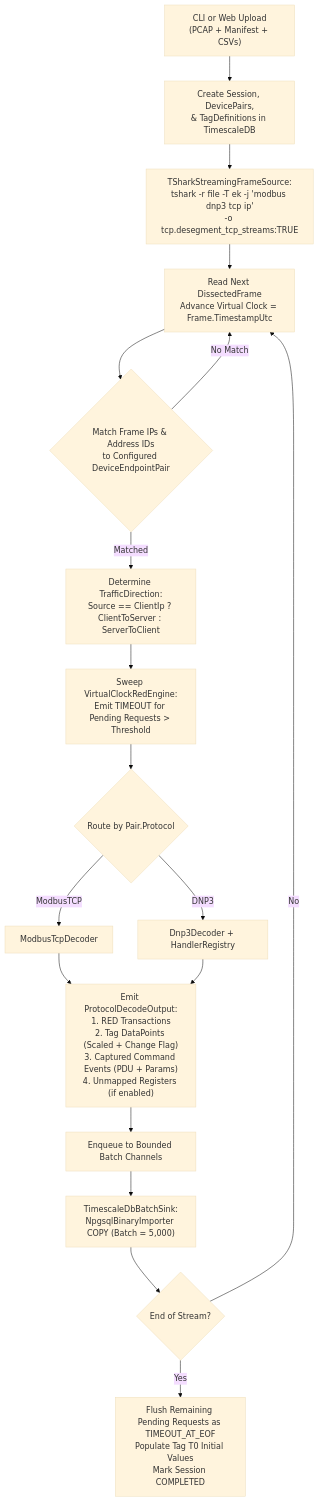
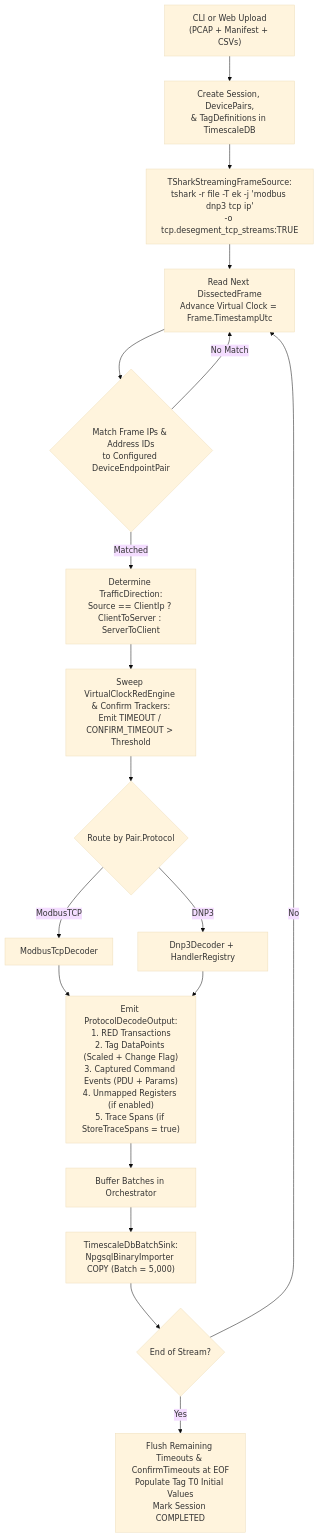
Before and after one commit to David-L-Roberts/Industrial_Protocol_PCAP_Analyzer: the first of 3 diagrams in SPECIFICATION.md, drawn with Mermaid (base theme). The commit also changed other lines of this file and 10 other files, not shown here.

Commit message:
feat(grafana): add trace/topology SQL views, dashboards, data links, and spec sync

````diff
--- a/SPECIFICATION.md
+++ b/SPECIFICATION.md
@@ -563,25 +984,25 @@
 ```mermaid
 flowchart TD
     CLI_Web["CLI or Web Upload<br/>(PCAP + Manifest + CSVs)"] --> InitDB["Create Session, DevicePairs,<br/>& TagDefinitions in TimescaleDB"]
     InitDB --> SpawnTShark["TSharkStreamingFrameSource:<br/>tshark -r file -T ek -j 'modbus dnp3 tcp ip'<br/>-o tcp.desegment_tcp_streams:TRUE"]
     
     SpawnTShark --> ReadFrame["Read Next DissectedFrame<br/>Advance Virtual Clock = Frame.TimestampUtc"]
     ReadFrame --> MatchPair{"Match Frame IPs & Address IDs<br/>to Configured DeviceEndpointPair"}
     
     MatchPair -- No Match --> ReadFrame
     MatchPair -- Matched --> DetermineDir["Determine TrafficDirection:<br/>Source == ClientIp ? ClientToServer : ServerToClient"]
     
-    DetermineDir --> SweepTimeouts["Sweep VirtualClockRedEngine:<br/>Emit TIMEOUT for Pending Requests > Threshold"]
+    DetermineDir --> SweepTimeouts["Sweep VirtualClockRedEngine & Confirm Trackers:<br/>Emit TIMEOUT / CONFIRM_TIMEOUT > Threshold"]
     SweepTimeouts --> DispatchProto{"Route by Pair.Protocol"}
     
     DispatchProto -- ModbusTCP --> ModbusDec["ModbusTcpDecoder"]
     DispatchProto -- DNP3 --> Dnp3Dec["Dnp3Decoder + HandlerRegistry"]
     
-    ModbusDec & Dnp3Dec --> CollectOutput["Emit ProtocolDecodeOutput:<br/>1. RED Transactions<br/>2. Tag DataPoints (Scaled + Change Flag)<br/>3. Captured Command Events (PDU + Params)<br/>4. Unmapped Registers (if enabled)"]
+    ModbusDec & Dnp3Dec --> CollectOutput["Emit ProtocolDecodeOutput:<br/>1. RED Transactions<br/>2. Tag DataPoints (Scaled + Change Flag)<br/>3. Captured Command Events (PDU + Params)<br/>4. Unmapped Registers (if enabled)<br/>5. Trace Spans (if StoreTraceSpans = true)"]
     
-    CollectOutput --> BufferChannel["Enqueue to Bounded Batch Channels"]
+    CollectOutput --> BufferChannel["Buffer Batches in Orchestrator"]
     BufferChannel --> BulkCopy["TimescaleDbBatchSink:<br/>NpgsqlBinaryImporter COPY (Batch = 5,000)"]
     BulkCopy --> CheckEOF{End of Stream?}
     CheckEOF -- No --> ReadFrame
-    CheckEOF -- Yes --> FlushEOF["Flush Remaining Pending Requests as TIMEOUT_AT_EOF<br/>Populate Tag T0 Initial Values<br/>Mark Session COMPLETED"]
+    CheckEOF -- Yes --> FlushEOF["Flush Remaining Timeouts & ConfirmTimeouts at EOF<br/>Populate Tag T0 Initial Values<br/>Mark Session COMPLETED"]
 ```
````
